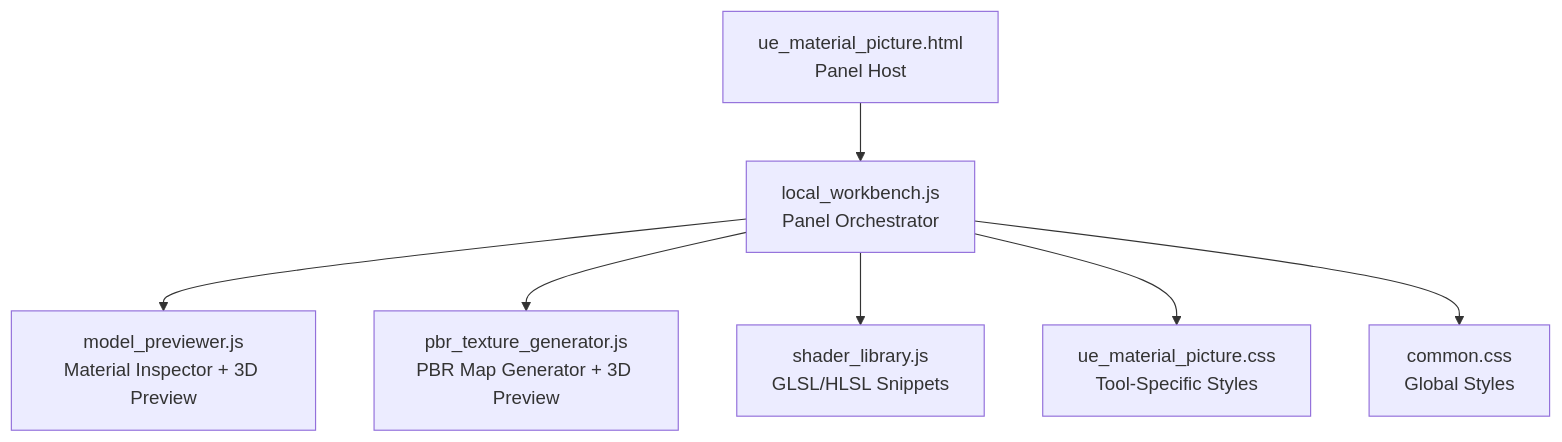
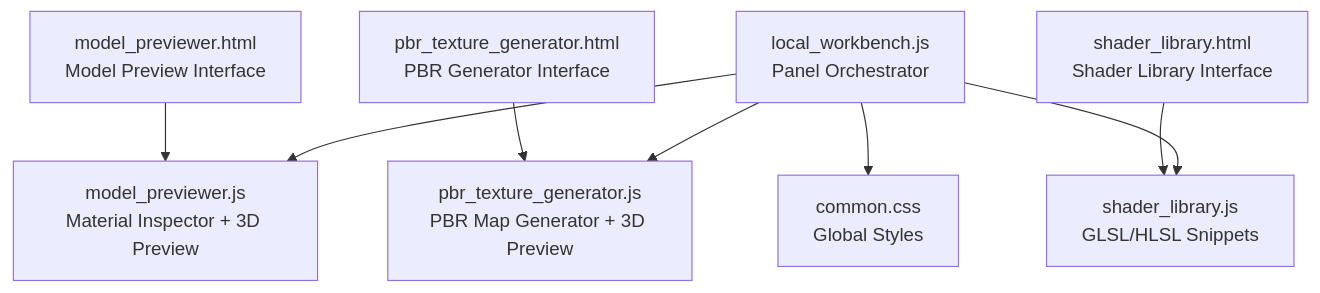
One commit to treasureGrove/TAWEBTOOL changed the first of 7 diagrams in .qoder/repowiki/en/content/Technical Artist Utilities/Unreal Engine Material Reference.md. Above: the diagram before and after it, drawn with Mermaid. The commit also changed other lines of this file and 101 other files, not shown here.

````diff
--- a/.qoder/repowiki/en/content/Technical Artist Utilities/Unreal Engine Material Reference.md
+++ b/.qoder/repowiki/en/content/Technical Artist Utilities/Unreal Engine Material Reference.md
@@ -44,16 +51,18 @@
 ```mermaid
 graph TB
-UE_HTML["ue_material_picture.html<br/>Panel Host"]
 LW["local_workbench.js<br/>Panel Orchestrator"]
 MP["model_previewer.js<br/>Material Inspector + 3D Preview"]
 PTG["pbr_texture_generator.js<br/>PBR Map Generator + 3D Preview"]
 SL["shader_library.js<br/>GLSL/HLSL Snippets"]
 CC["common.css<br/>Global Styles"]
-UECSS["ue_material_picture.css<br/>Tool-Specific Styles"]
-UE_HTML --> LW
+MPHTML["model_previewer.html<br/>Model Preview Interface"]
+PTGHTML["pbr_texture_generator.html<br/>PBR Generator Interface"]
+SLHTML["shader_library.html<br/>Shader Library Interface"]
 LW --> MP
 LW --> PTG
 LW --> SL
-LW --> UECSS
 LW --> CC
+MPHTML --> MP
+PTGHTML --> PTG
+SLHTML --> SL
 ```
````
